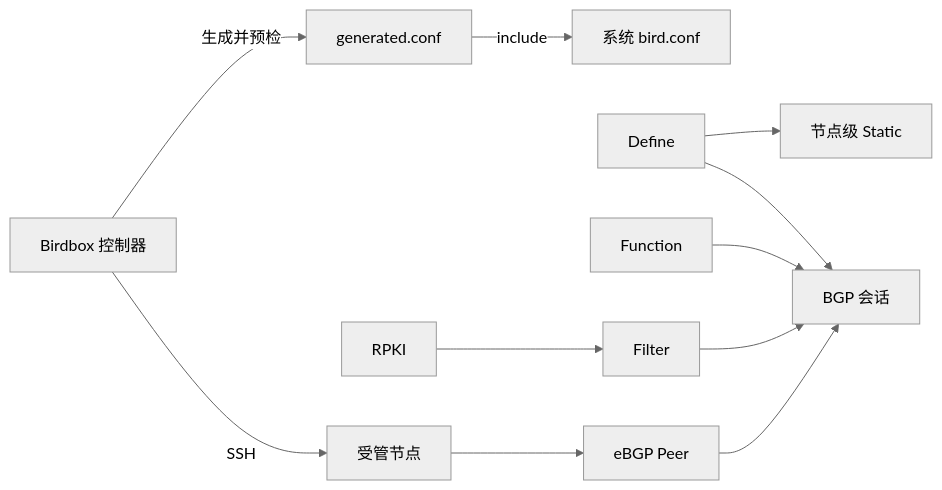
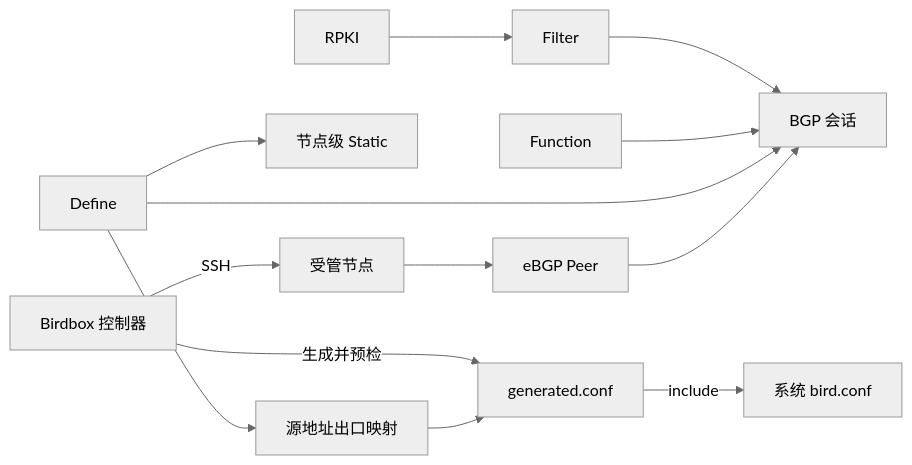
The diagram in wiki/Home.md (pmman289/birdbox), drawn with Mermaid (neutral theme) before and after one commit. The commit also changed other lines of this file and 44 other files, not shown here.

````diff
--- a/wiki/Home.md
+++ b/wiki/Home.md
@@ -18,13 +19,15 @@
 ```mermaid
 flowchart LR
   C[Birdbox 控制器] -->|SSH| N[受管节点]
   N --> P[eBGP Peer]
   P --> S[BGP 会话]
   D[Define] --> S
   F[Function] --> S
   X[Filter] --> S
   D --> T[节点级 Static]
+  D --> E[源地址出口映射]
+  E --> I
   R[RPKI] --> X
   C -->|生成并预检| I[generated.conf]
   I -->|include| M[系统 bird.conf]
 ```
````
